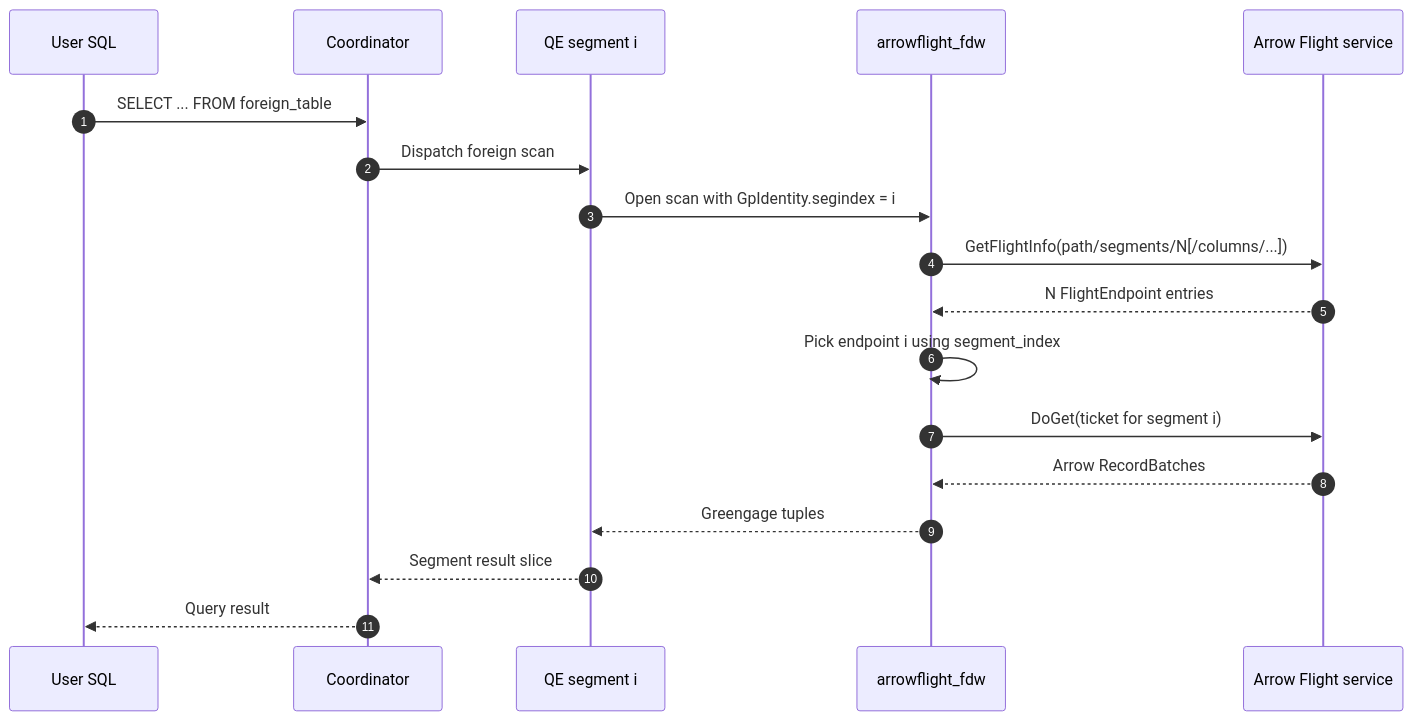
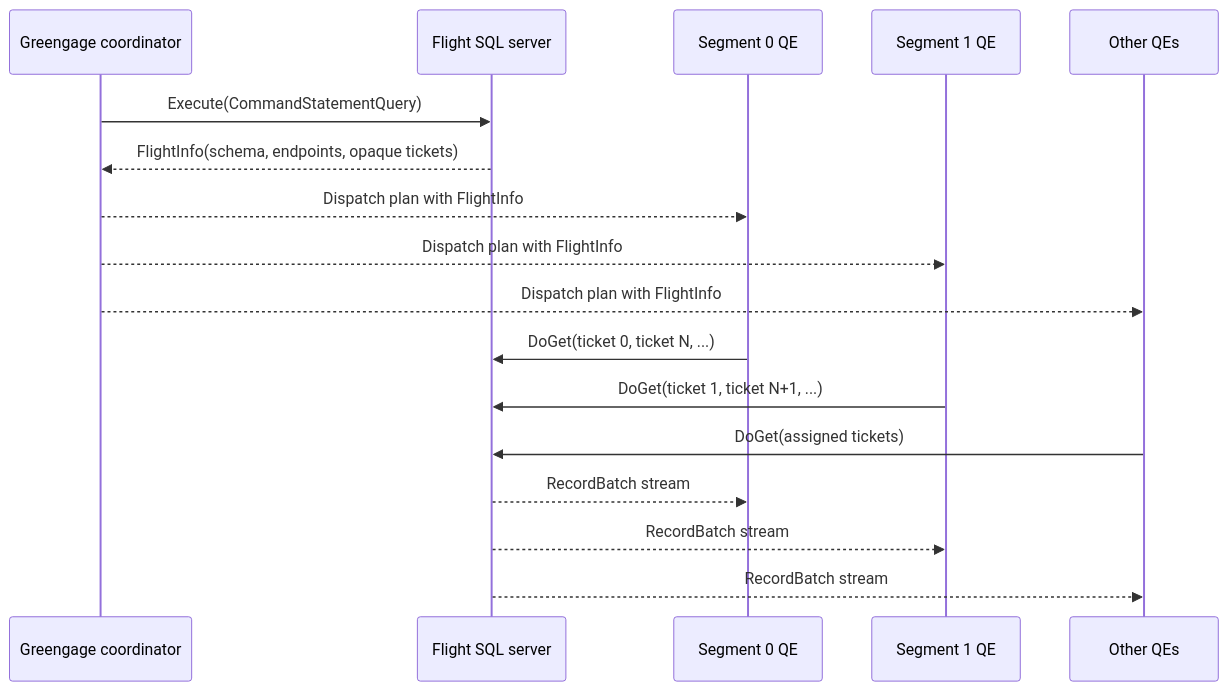
One commit to GreengageDB/greengage changed the first of 3 diagrams in gpcontrib/arrowflight/README.md. Above: the diagram before and after it, drawn with Mermaid. The commit also changed other lines of this file and 56 other files, not shown here.

Commit message:
add Arrow Flight SQL FDW for parallel data exchange

````diff
--- a/gpcontrib/arrowflight/README.md
+++ b/gpcontrib/arrowflight/README.md
@@ -68,21 +33,19 @@
 ```mermaid
 sequenceDiagram
-    autonumber
-    participant SQL as User SQL
-    participant QD as Coordinator
-    participant QE as QE segment i
-    participant FDW as arrowflight_fdw
-    participant SVC as Arrow Flight service
-
-    SQL->>QD: SELECT ... FROM foreign_table
-    QD->>QE: Dispatch foreign scan
-    QE->>FDW: Open scan with GpIdentity.segindex = i
-    FDW->>SVC: GetFlightInfo(path/segments/N[/columns/...])
-    SVC-->>FDW: N FlightEndpoint entries
-    FDW->>FDW: Pick endpoint i using segment_index
-    FDW->>SVC: DoGet(ticket for segment i)
-    SVC-->>FDW: Arrow RecordBatches
-    FDW-->>QE: Greengage tuples
-    QE-->>QD: Segment result slice
-    QD-->>SQL: Query result
+    participant C as Greengage coordinator
+    participant S as Flight SQL server
+    participant E0 as Segment 0 QE
+    participant E1 as Segment 1 QE
+    participant EN as Other QEs
+    C ->> S: Execute(CommandStatementQuery)
+    S -->> C: FlightInfo(schema, endpoints, opaque tickets)
+    C -->> E0: Dispatch plan with FlightInfo
+    C -->> E1: Dispatch plan with FlightInfo
+    C -->> EN: Dispatch plan with FlightInfo
+    E0 ->> S: DoGet(ticket 0, ticket N, ...)
+    E1 ->> S: DoGet(ticket 1, ticket N+1, ...)
+    EN ->> S: DoGet(assigned tickets)
+    S -->> E0: RecordBatch stream
+    S -->> E1: RecordBatch stream
+    S -->> EN: RecordBatch stream
 ```
````
